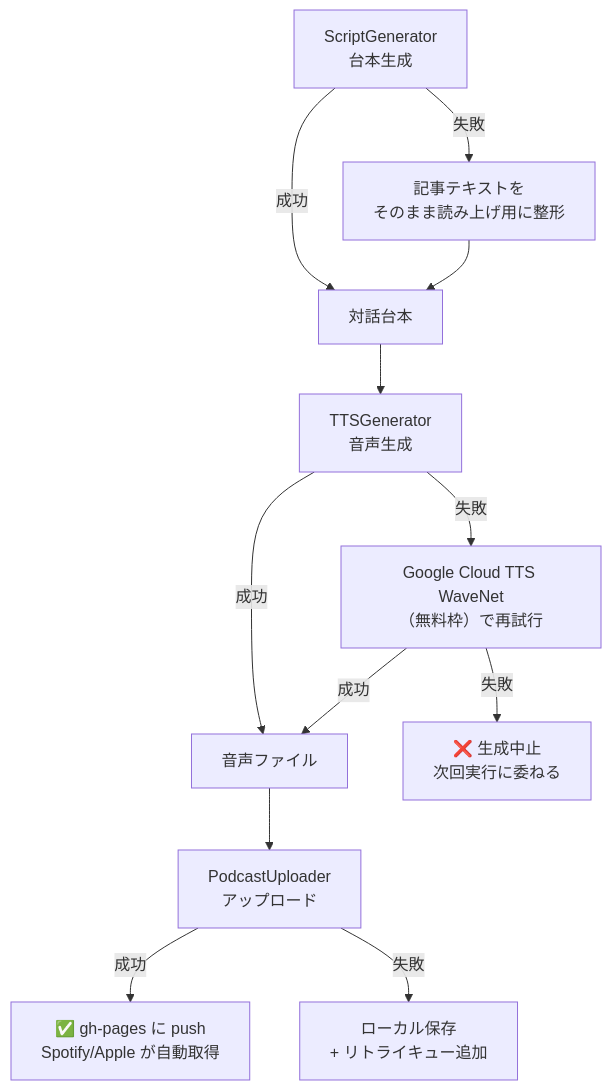
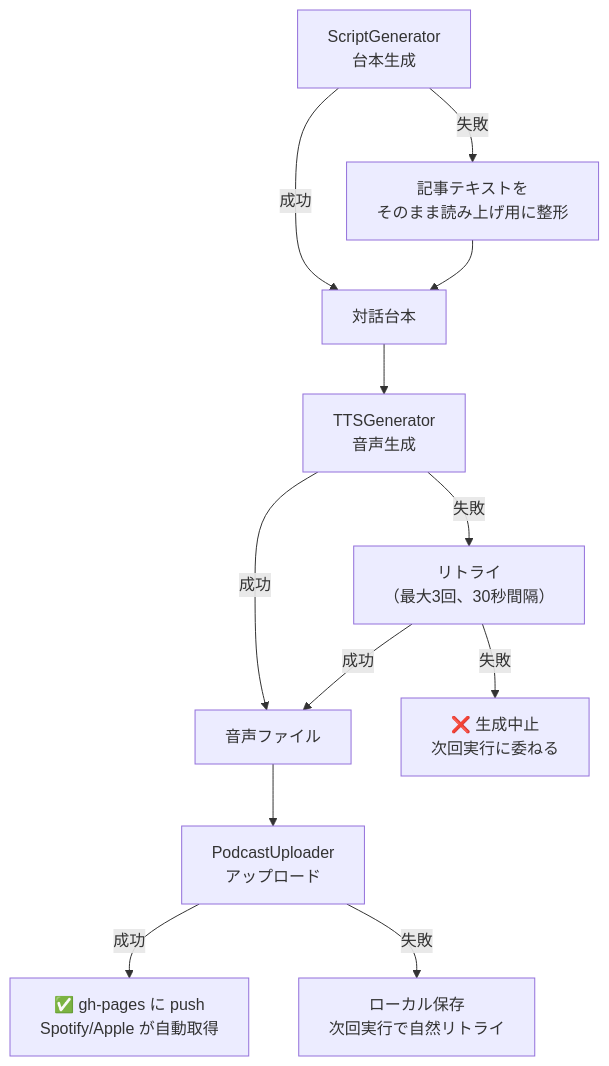
One commit to necoha/auto-podcast changed the fourth of 4 diagrams in docs/HLD.md. Above: the diagram before and after it, drawn with Mermaid. The commit also changed other lines of this file and 2 other files, not shown here.

````diff
--- a/docs/HLD.md
+++ b/docs/HLD.md
@@ -160,16 +160,16 @@
 ```mermaid
 flowchart TD
     A["ScriptGenerator<br/>台本生成"] -->|成功| B["対話台本"]
     A -->|失敗| A2["記事テキストを<br/>そのまま読み上げ用に整形"]
     A2 --> B
 
     B --> C["TTSGenerator<br/>音声生成"]
     C -->|成功| D["音声ファイル"]
-    C -->|失敗| C2["Google Cloud TTS WaveNet<br/>（無料枠）で再試行"]
+    C -->|失敗| C2["リトライ<br/>（最大3回、30秒間隔）"]
     C2 -->|成功| D
     C2 -->|失敗| C3["❌ 生成中止<br/>次回実行に委ねる"]
 
     D --> E["PodcastUploader<br/>アップロード"]
     E -->|成功| F["✅ gh-pages に push<br/>Spotify/Apple が自動取得"]
-    E -->|失敗| E2["ローカル保存<br/>+ リトライキュー追加"]
+    E -->|失敗| E2["ローカル保存<br/>次回実行で自然リトライ"]
 ```
````
